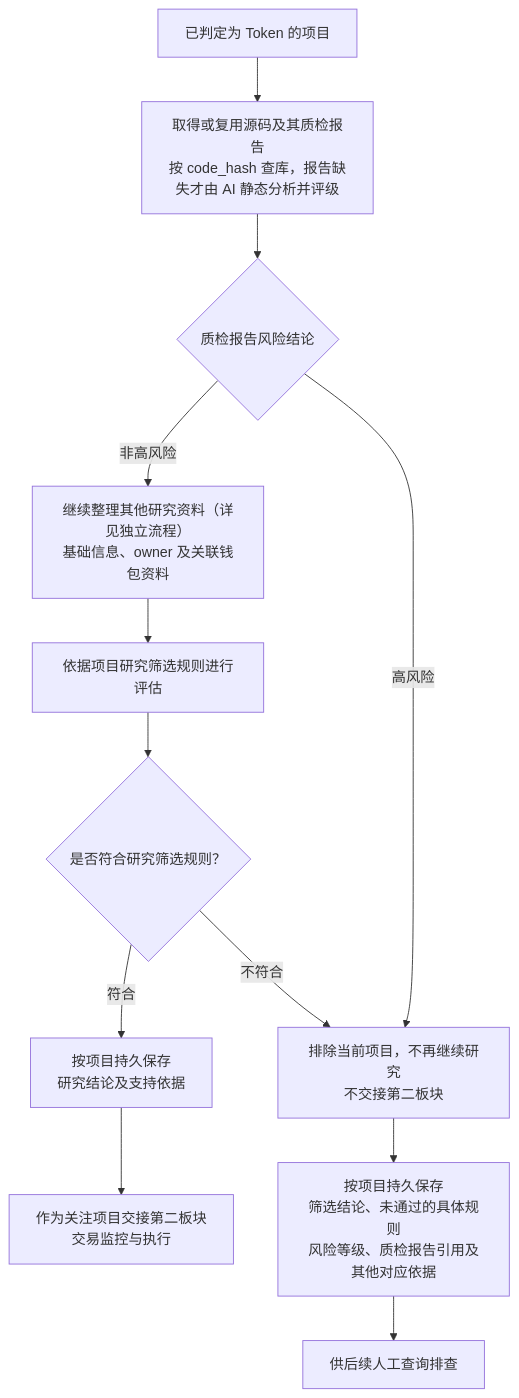
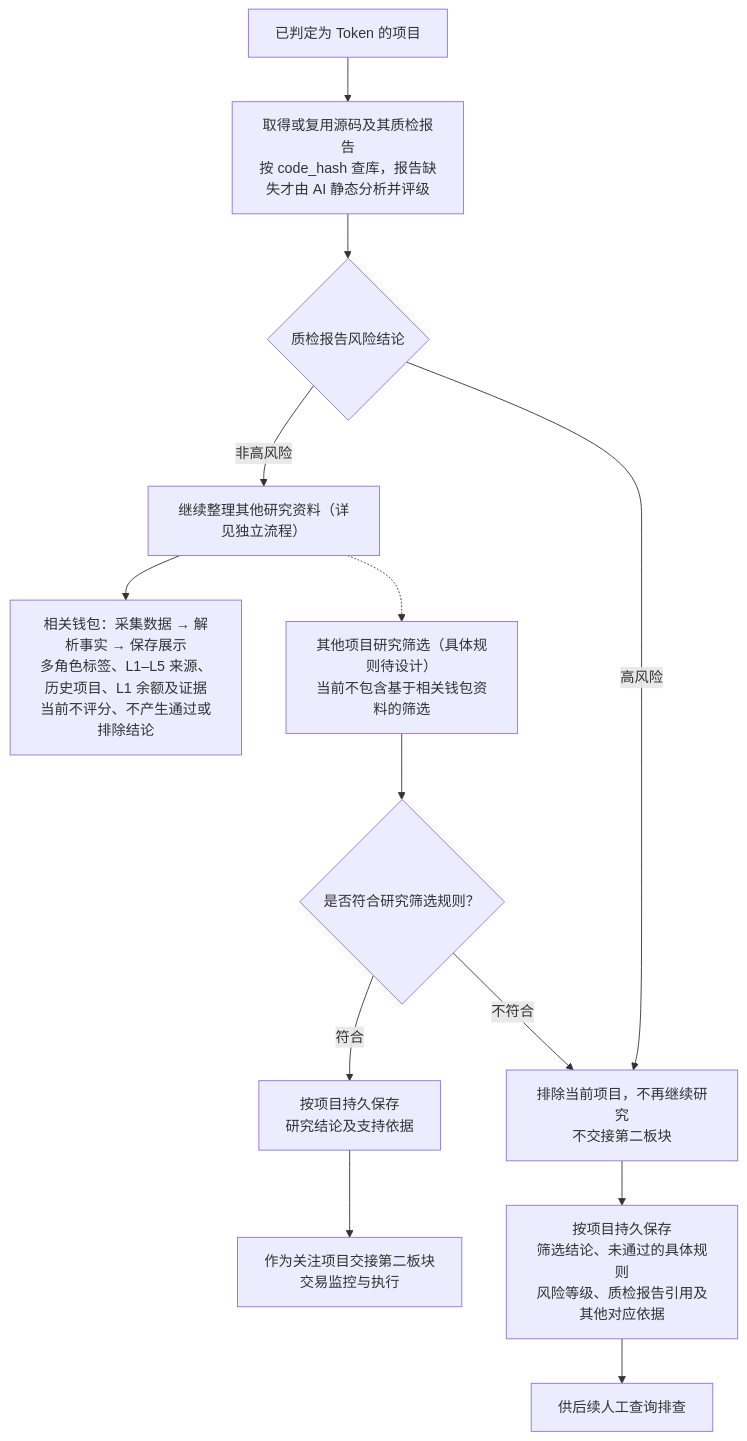
One commit to useryege/athena-o changed the diagram in docs/project/token-research-flow.md. Above: the diagram before and after it, drawn with Mermaid. The commit also changed other lines of this file and 6 other files, not shown here.

````diff
--- a/docs/project/token-research-flow.md
+++ b/docs/project/token-research-flow.md
@@ -11,14 +11,15 @@
 ```mermaid
 flowchart TD
     token["已判定为 Token 的项目"] --> review["取得或复用源码及其质检报告<br/>按 code_hash 查库，报告缺失才由 AI 静态分析并评级"]
     review --> risk{"质检报告风险结论"}
     risk -->|高风险| excluded["排除当前项目，不再继续研究<br/>不交接第二板块"]
-    risk -->|非高风险| materials["继续整理其他研究资料（详见独立流程）<br/>基础信息、owner 及关联钱包资料"]
-    materials --> research["依据项目研究筛选规则进行评估"]
+    risk -->|非高风险| materials["继续整理其他研究资料（详见独立流程）"]
+    materials --> wallets["相关钱包：采集数据 → 解析事实 → 保存展示<br/>多角色标签、L1–L5 来源、历史项目、L1 余额及证据<br/>当前不评分、不产生通过或排除结论"]
+    materials -.-> research["其他项目研究筛选（具体规则待设计）<br/>当前不包含基于相关钱包资料的筛选"]
     research --> decision{"是否符合研究筛选规则？"}
     decision -->|"符合"| accepted["按项目持久保存<br/>研究结论及支持依据"]
     accepted --> handoff["作为关注项目交接第二板块<br/>交易监控与执行"]
     decision -->|"不符合"| excluded
     excluded --> reasons["按项目持久保存<br/>筛选结论、未通过的具体规则<br/>风险等级、质检报告引用及其他对应依据"]
     reasons --> inspect["供后续人工查询排查"]
 ```
````
